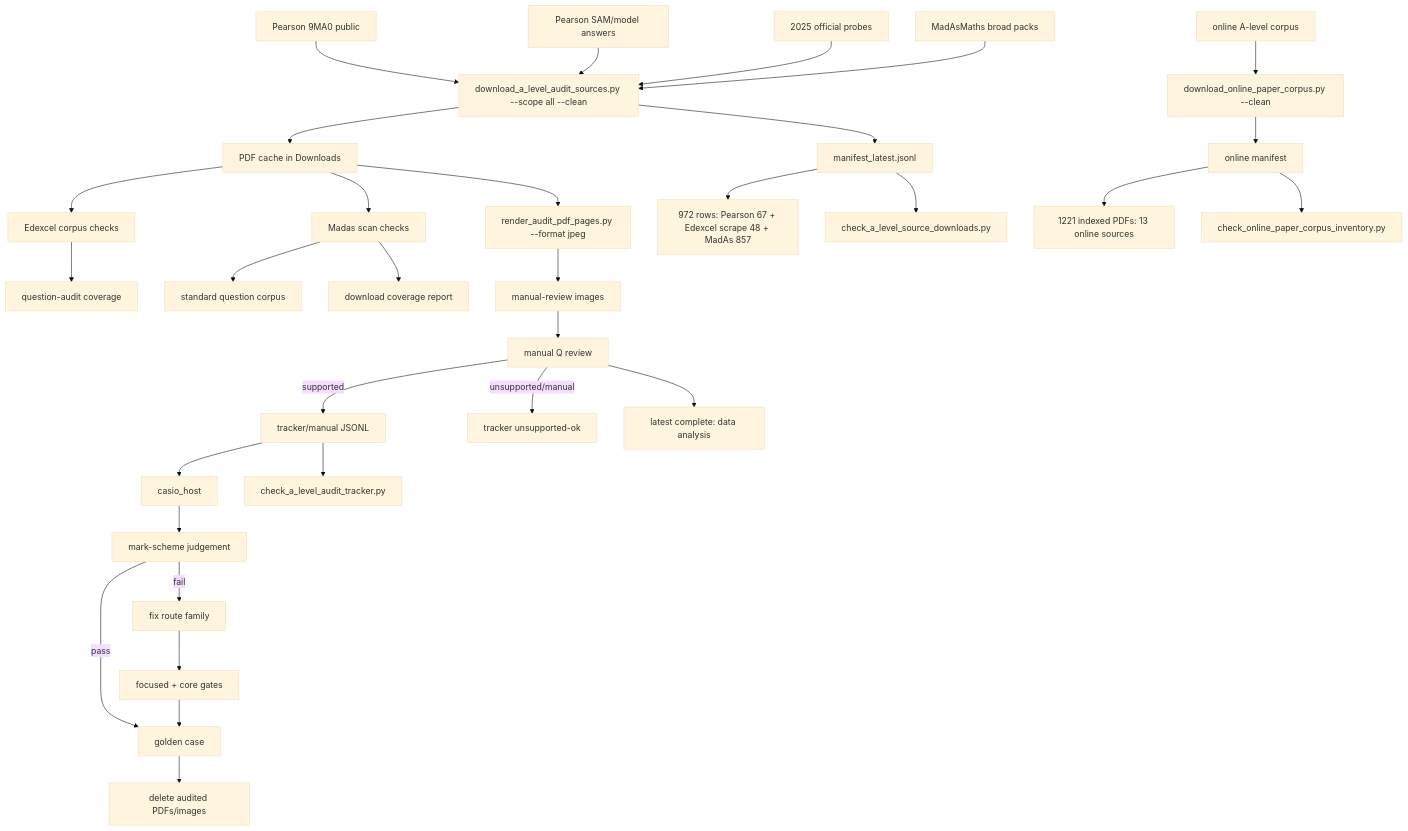
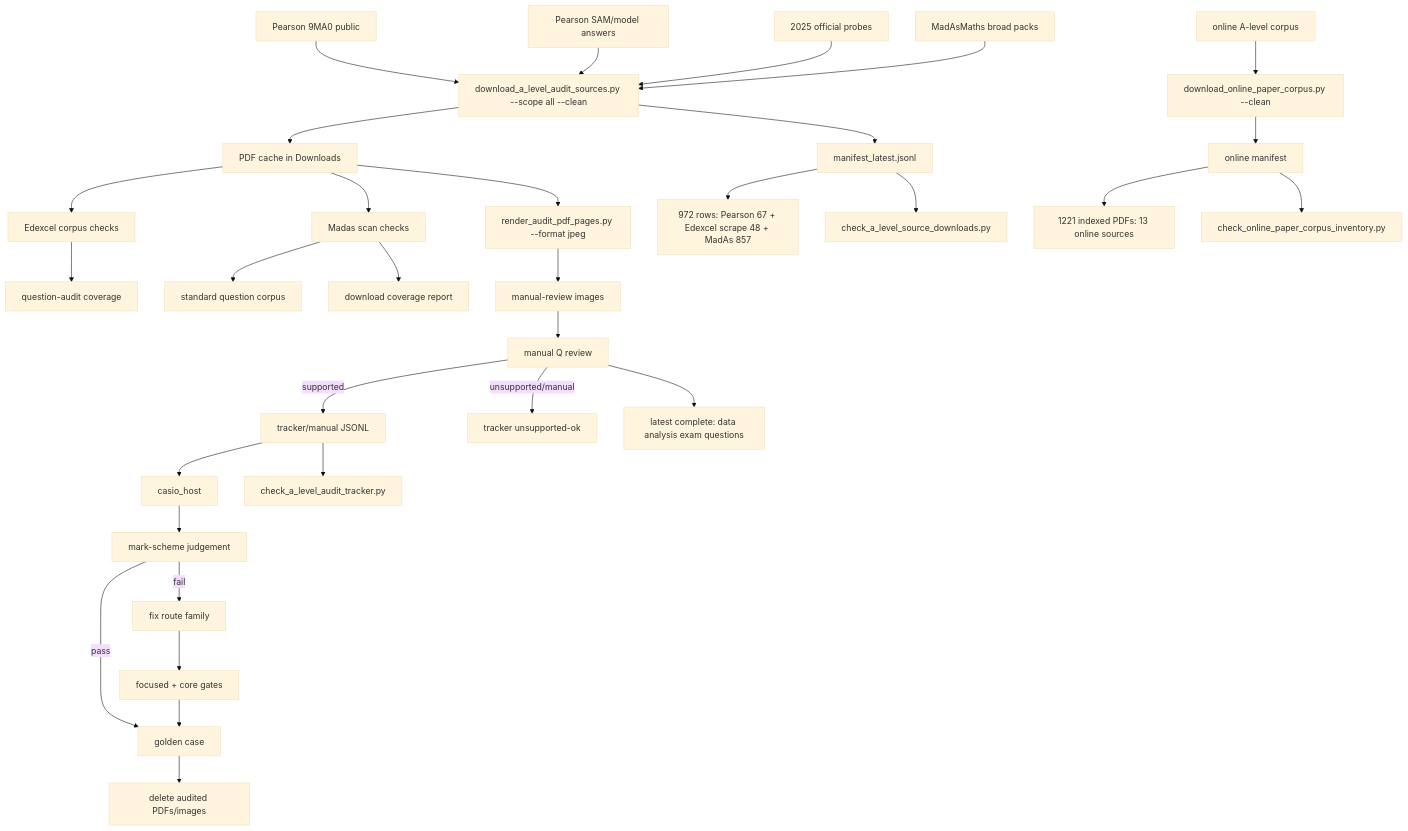
The diagram in c++/tools/golden/a_level_audit_graph.md (james8464/notes-addin-casio-fx-cg50), drawn with Mermaid (base theme) before and after one commit. The commit also changed other lines of this file and 2 other files, not shown here.

Commit message:
Audit data analysis exam questions booklet

````diff
--- a/c++/tools/golden/a_level_audit_graph.md
+++ b/c++/tools/golden/a_level_audit_graph.md
@@ -3,34 +3,34 @@
 ```mermaid
 graph TD
   E1["Pearson 9MA0 public"] --> D["download_a_level_audit_sources.py --scope all --clean"]
   E2["Pearson SAM/model answers"] --> D
   E3["2025 official probes"] --> D
   M1["MadAsMaths broad packs"] --> D
   O1["online A-level corpus"] --> OD["download_online_paper_corpus.py --clean"]
   D --> P["PDF cache in Downloads"]
   D --> X["manifest_latest.jsonl"]
   OD --> OX["online manifest"]
   X --> XC["972 rows: Pearson 67 + Edexcel scrape 48 + MadAs 857"]
   OX --> OC["1221 indexed PDFs: 13 online sources"]
   X --> V["check_a_level_source_downloads.py"]
   OX --> OV["check_online_paper_corpus_inventory.py"]
   P --> E["Edexcel corpus checks"]
   E --> EQ["question-audit coverage"]
   P --> S["Madas scan checks"]
   S --> M["standard question corpus"]
   S --> MC["download coverage report"]
   P --> R["render_audit_pdf_pages.py --format jpeg"]
   R --> I["manual-review images"]
   I --> Q["manual Q review"]
   Q -->|supported| J["tracker/manual JSONL"]
   Q -->|unsupported/manual| U["tracker unsupported-ok"]
   J --> H["casio_host"]
   J --> K["check_a_level_audit_tracker.py"]
   H --> C["mark-scheme judgement"]
   C -->|pass| G["golden case"]
   C -->|fail| F["fix route family"]
   F --> T["focused + core gates"]
   T --> G
   G --> Z["delete audited PDFs/images"]
-  Q --> QData["latest complete: data analysis"]
+  Q --> QDataExam["latest complete: data analysis exam questions"]
 ```
````
